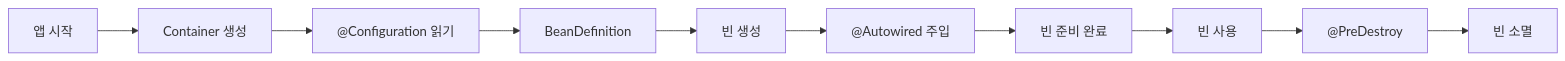
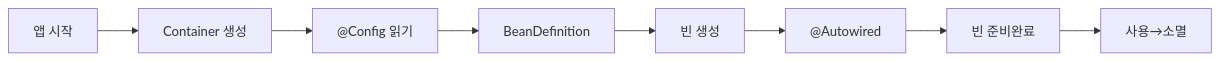
Before and after one commit to yjkim2015/yjkim2015.github.io: diagram 11 of 13 in _posts/spring/2026-05-02-spring-core-basic.md, drawn with Mermaid. The commit also changed 48 other files, not shown here.

First line of the commit message:
Mermaid 최종 47건 수정: participant/노드/줄수/라벨 전부 기준 이하

````diff
--- a/_posts/spring/2026-05-02-spring-core-basic.md
+++ b/_posts/spring/2026-05-02-spring-core-basic.md
@@ -738,9 +738,8 @@
 ```mermaid
 flowchart LR
     A["앱 시작"] --> B["Container 생성"]
-    B --> C["@Configuration 읽기"] --> D["BeanDefinition"]
-    D --> E["빈 생성"] --> F["@Autowired 주입"]
-    F --> G["빈 준비 완료"]
-    G --> H["빈 사용"]
-    H --> I["@PreDestroy"] --> J["빈 소멸"]
+    B --> C["@Config 읽기"] --> D["BeanDefinition"]
+    D --> E["빈 생성"] --> F["@Autowired"]
+    F --> G["빈 준비완료"]
+    G --> H["사용→소멸"]
 ```
````
